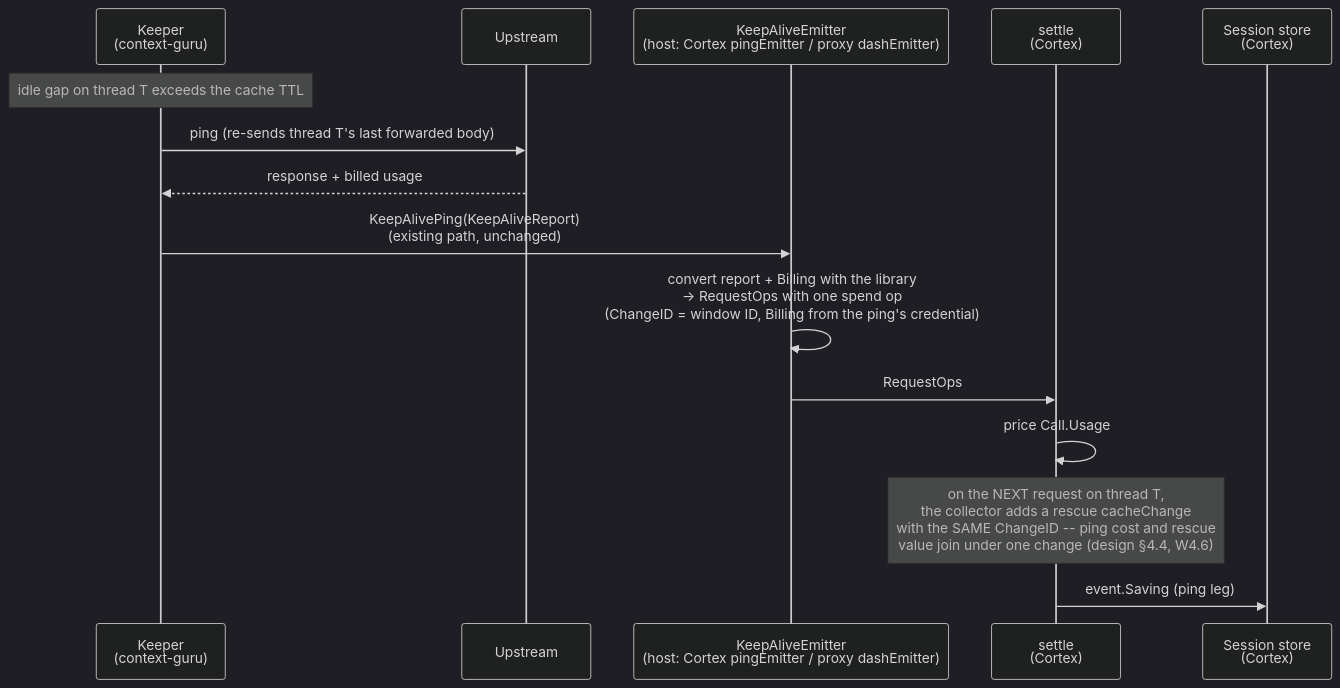
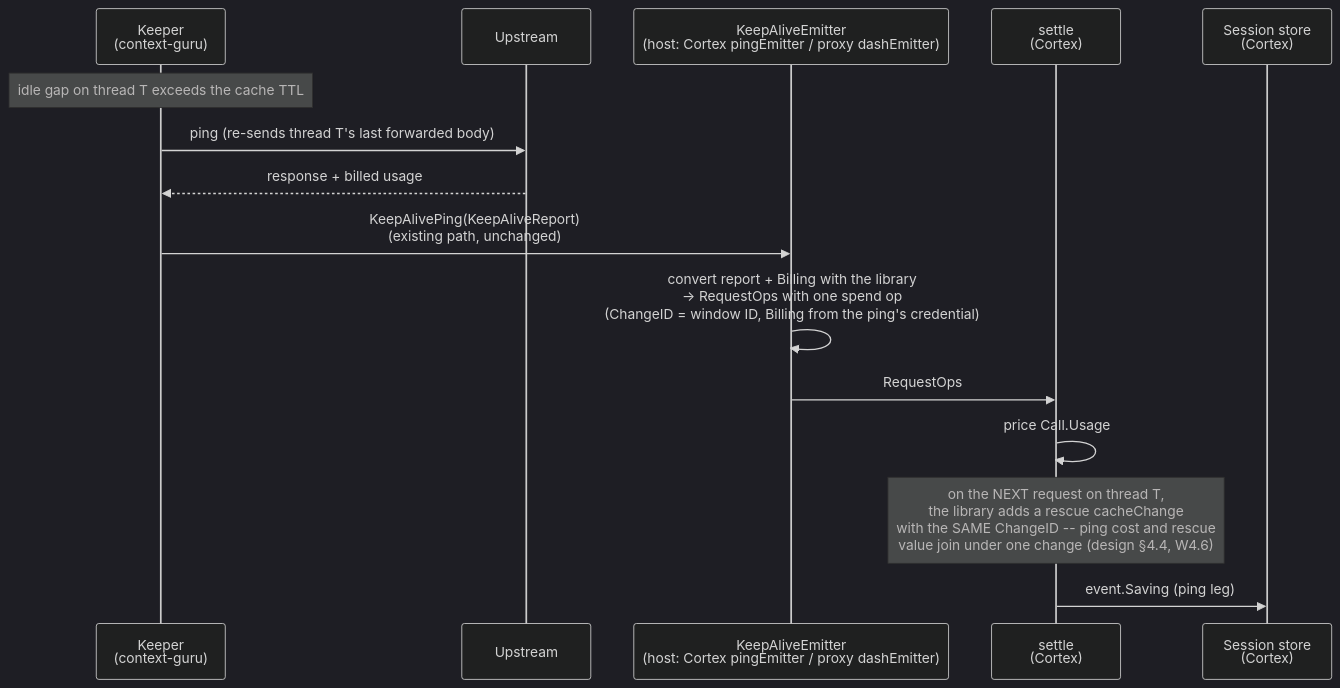
Before and after one commit to rossoctl/context-guru: the third of 3 diagrams in docs/counterfactual/cortex-wiring.md, drawn with Mermaid (dark theme). The commit also changed other lines of this file and 6 other files, not shown here.

````diff
--- a/docs/counterfactual/cortex-wiring.md
+++ b/docs/counterfactual/cortex-wiring.md
@@ -194,18 +201,18 @@
 ```mermaid
 sequenceDiagram
     participant Keeper as Keeper<br/>(context-guru)
     participant Upstream
     participant Emitter as KeepAliveEmitter<br/>(host: Cortex pingEmitter / proxy dashEmitter)
     participant Settle as settle<br/>(Cortex)
     participant Store as Session store<br/>(Cortex)
 
     Note over Keeper: idle gap on thread T exceeds the cache TTL
     Keeper->>Upstream: ping (re-sends thread T's last forwarded body)
     Upstream-->>Keeper: response + billed usage
     Keeper->>Emitter: KeepAlivePing(KeepAliveReport)<br/>(existing path, unchanged)
     Emitter->>Emitter: convert report + Billing with the library<br/>-> RequestOps with one spend op<br/>(ChangeID = window ID, Billing from the ping's credential)
     Emitter->>Settle: RequestOps
     Settle->>Settle: price Call.Usage
-    Note over Settle: on the NEXT request on thread T,<br/>the collector adds a rescue cacheChange<br/>with the SAME ChangeID -- ping cost and rescue<br/>value join under one change (design §4.4, W4.6)
+    Note over Settle: on the NEXT request on thread T,<br/>the library adds a rescue cacheChange<br/>with the SAME ChangeID -- ping cost and rescue<br/>value join under one change (design §4.4, W4.6)
     Settle->>Store: event.Saving (ping leg)
 ```
````
